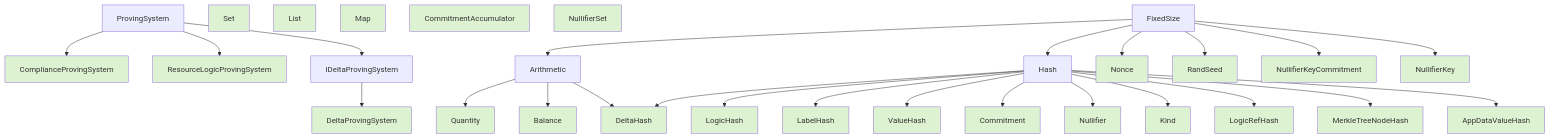
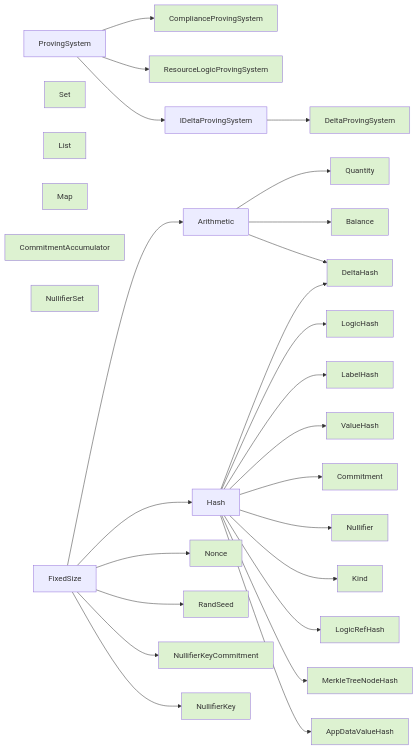
One commit to anoma/nspec changed the diagram in docs/arch/system/state/resource_machine/primitive_interfaces/index.md. Above: the diagram before and after it, drawn with Mermaid. The commit also changed other lines of this file, not shown here.

````diff
--- a/docs/arch/system/state/resource_machine/primitive_interfaces/index.md
+++ b/docs/arch/system/state/resource_machine/primitive_interfaces/index.md
@@ -8,78 +21,78 @@
 ``` mermaid
 
-flowchart TB
+flowchart LR
     ProvingSystem
     Set
     List
     Map
     CommitmentAccumulator
     NullifierSet
     FixedSize
 
     style Set fill:#ddf2d1
     style List fill:#ddf2d1
     style Map fill:#ddf2d1
     style CommitmentAccumulator fill:#ddf2d1
     style NullifierSet fill:#ddf2d1
 
 
     ProvingSystem --> ComplianceProvingSystem
     ProvingSystem --> ResourceLogicProvingSystem
     ProvingSystem --> IDeltaProvingSystem
     IDeltaProvingSystem --> DeltaProvingSystem
     style ComplianceProvingSystem fill:#ddf2d1
     style ResourceLogicProvingSystem fill:#ddf2d1
     style DeltaProvingSystem fill:#ddf2d1
 
 
     FixedSize --> Arithmetic
     FixedSize --> Hash
 
 
     FixedSize --> Nonce
     FixedSize --> RandSeed
     FixedSize --> NullifierKeyCommitment
     FixedSize --> NullifierKey
 
     style Nonce fill:#ddf2d1
     style RandSeed fill:#ddf2d1
     style NullifierKey fill:#ddf2d1
     style NullifierKeyCommitment fill:#ddf2d1
 
 
     Arithmetic --> Quantity
     Arithmetic --> Balance
 
     Arithmetic --> DeltaHash
 
     style Quantity fill:#ddf2d1
     style Balance fill:#ddf2d1
     style DeltaHash fill:#ddf2d1
 
 
     Hash --> LogicHash
     Hash --> LabelHash
     Hash --> ValueHash
     Hash --> DeltaHash
 
     Hash --> Commitment
     Hash --> Nullifier
     Hash --> Kind
     Hash --> LogicRefHash
     Hash --> MerkleTreeNodeHash
 
     style LogicHash fill:#ddf2d1
     style LabelHash fill:#ddf2d1
     style ValueHash fill:#ddf2d1
     style DeltaHash fill:#ddf2d1
     style Commitment fill:#ddf2d1
     style Nullifier fill:#ddf2d1
     style Kind fill:#ddf2d1
     style LogicRefHash fill:#ddf2d1
     style MerkleTreeNodeHash fill:#ddf2d1
 
 
     Hash --> AppDataValueHash
     style AppDataValueHash fill:#ddf2d1
 
 ```
````
